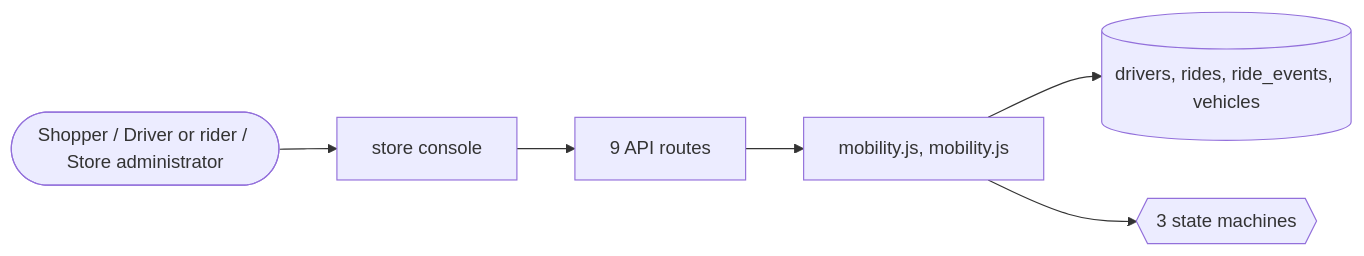
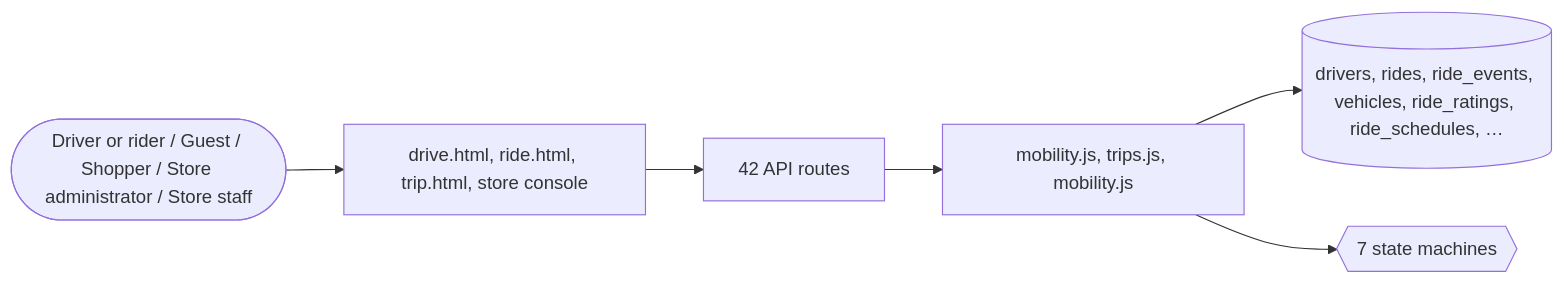
One commit to echelonxventures-Projects/universal-product changed the eighth of 8 diagrams in docs/domains/mobility.md. Above: the diagram before and after it, drawn with Mermaid. The commit also changed other lines of this file and 46 other files, not shown here.

First line of the commit message:
feat(mobility): ratings both ways, booked and shared rides, live tracking, safety, driver pay

````diff
--- a/docs/domains/mobility.md
+++ b/docs/domains/mobility.md
@@ -199,8 +426,8 @@
 ```mermaid
 flowchart LR
-  U([Shopper / Driver or rider / Store administrator]) --> UI[store console]
-  UI --> API[9 API routes]
-  API --> ENG[mobility.js, mobility.js]
-  ENG --> DB[(drivers, rides, ride_events, vehicles)]
-  ENG --> SM{{3 state machines}}
+  U([Driver or rider / Guest / Shopper / Store administrator / Store staff]) --> UI[drive.html, ride.html, trip.html, store console]
+  UI --> API[42 API routes]
+  API --> ENG[mobility.js, trips.js, mobility.js]
+  ENG --> DB[(drivers, rides, ride_events, vehicles, ride_ratings, ride_schedules, …)]
+  ENG --> SM{{7 state machines}}
 ```
````
